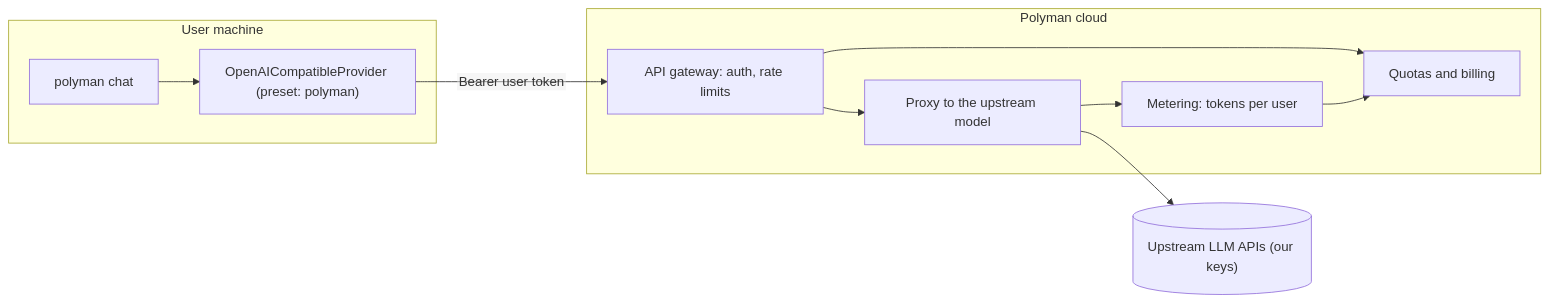
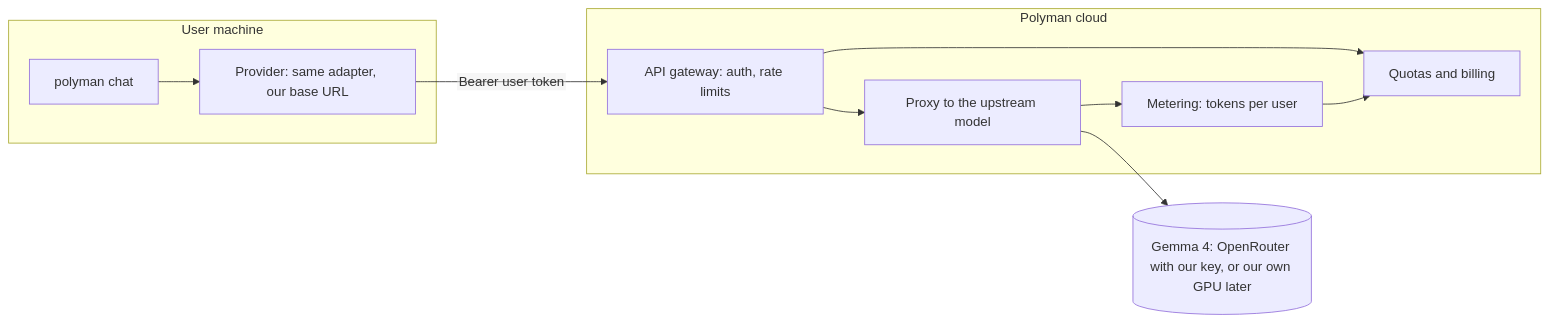
Before and after one commit to Ahmad-Faraj/polyman: the first of 2 diagrams in design/agent/09-cloud.md, drawn with Mermaid. The commit also changed other lines of this file and 29 other files, not shown here.

````diff
--- a/design/agent/09-cloud.md
+++ b/design/agent/09-cloud.md
@@ -9,23 +9,23 @@
 ```mermaid
 %%{init: {"flowchart": {"htmlLabels": false}} }%%
 flowchart LR
   subgraph user["User machine"]
     chat["polyman chat"]
-    oa["OpenAICompatibleProvider (preset: polyman)"]
+    oa["Provider: same adapter, our base URL"]
   end
   subgraph cloud["Polyman cloud"]
     gw["API gateway: auth, rate limits"]
     meter["Metering: tokens per user"]
     quota["Quotas and billing"]
     proxy["Proxy to the upstream model"]
   end
-  up[("Upstream LLM APIs (our keys)")]
+  up[("Gemma 4: OpenRouter with our key, or our own GPU later")]
 
   chat --> oa
   oa -->|"Bearer user token"| gw
   gw --> quota
   gw --> proxy
   proxy --> up
   proxy --> meter
   meter --> quota
 ```
````
